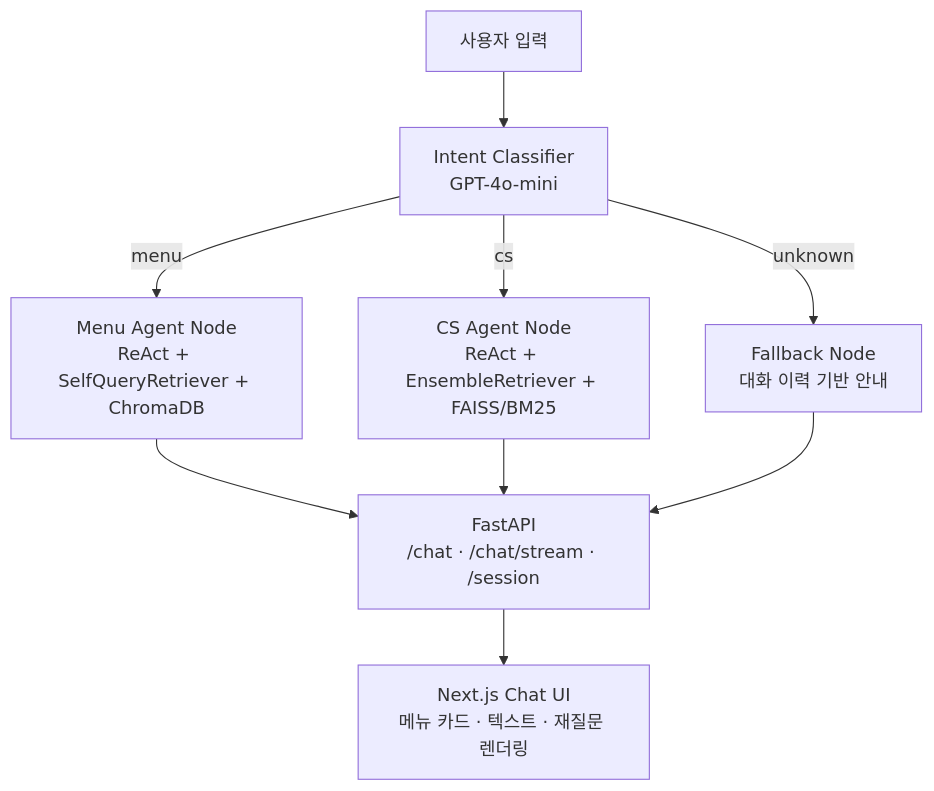
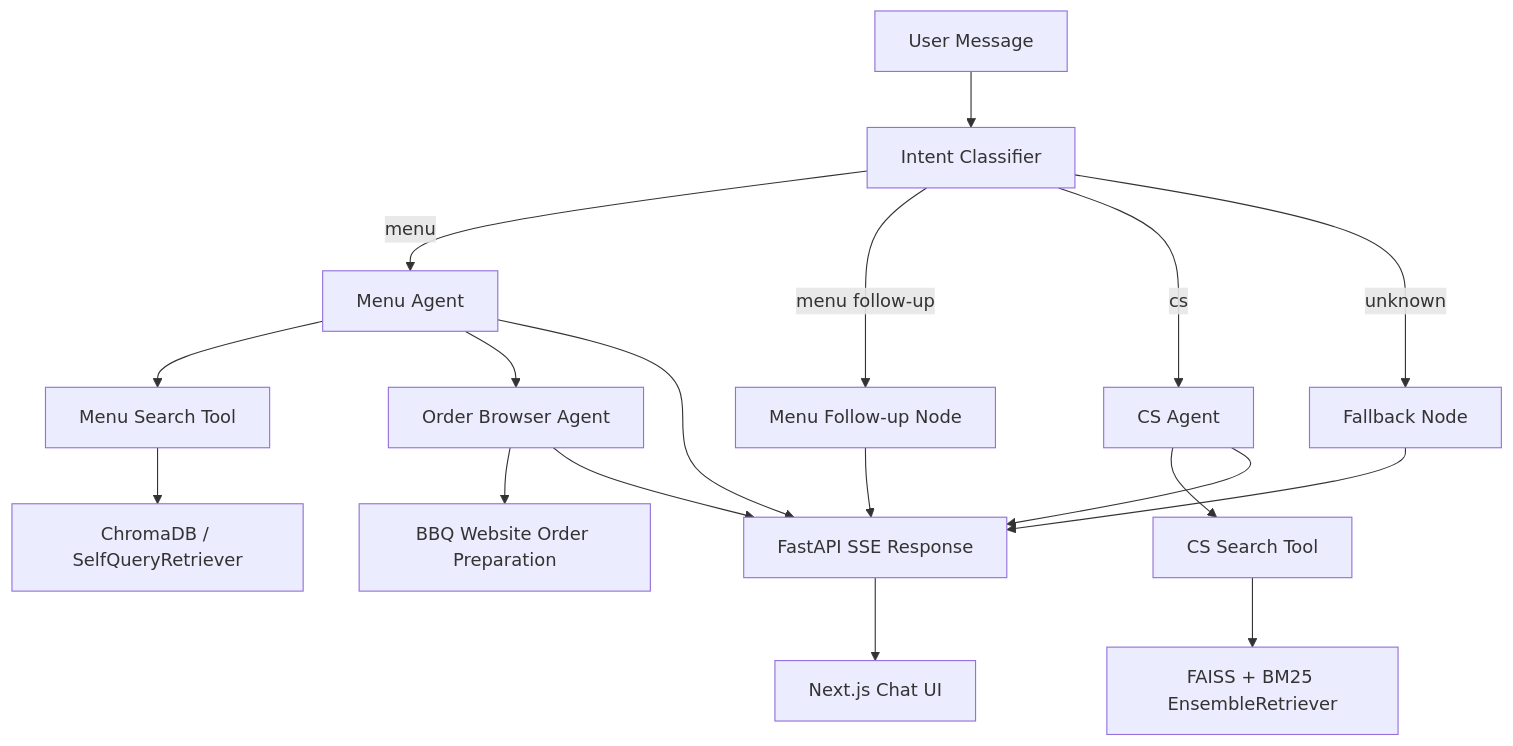
The diagram in README.md (DataChuLee/bbq-agent), drawn with Mermaid before and after one commit. The commit also changed other lines of this file, not shown here.

````diff
--- a/README.md
+++ b/README.md
@@ -19,11 +47,23 @@
 ```mermaid
 graph TD
-    A[사용자 입력] --> B[Intent Classifier<br/>GPT-4o-mini]
-    B -->|menu| C[Menu Agent Node<br/>ReAct + SelfQueryRetriever + ChromaDB]
-    B -->|cs| D[CS Agent Node<br/>ReAct + EnsembleRetriever + FAISS/BM25]
-    B -->|unknown| E[Fallback Node<br/>대화 이력 기반 안내]
-    C --> F[FastAPI<br/>/chat · /chat/stream · /session]
-    D --> F
-    E --> F
-    F --> G[Next.js Chat UI<br/>메뉴 카드 · 텍스트 · 재질문 렌더링]
+    A[User Message] --> B[Intent Classifier]
+    B -->|menu| C[Menu Agent]
+    B -->|menu follow-up| D[Menu Follow-up Node]
+    B -->|cs| E[CS Agent]
+    B -->|unknown| F[Fallback Node]
+
+    C --> G[Menu Search Tool]
+    E --> H[CS Search Tool]
+    C --> I[Order Browser Agent]
+
+    G --> J[ChromaDB / SelfQueryRetriever]
+    H --> K[FAISS + BM25 EnsembleRetriever]
+    I --> L[BBQ Website Order Preparation]
+
+    C --> M[FastAPI SSE Response]
+    D --> M
+    E --> M
+    F --> M
+    I --> M
+    M --> N[Next.js Chat UI]
 ```
````
